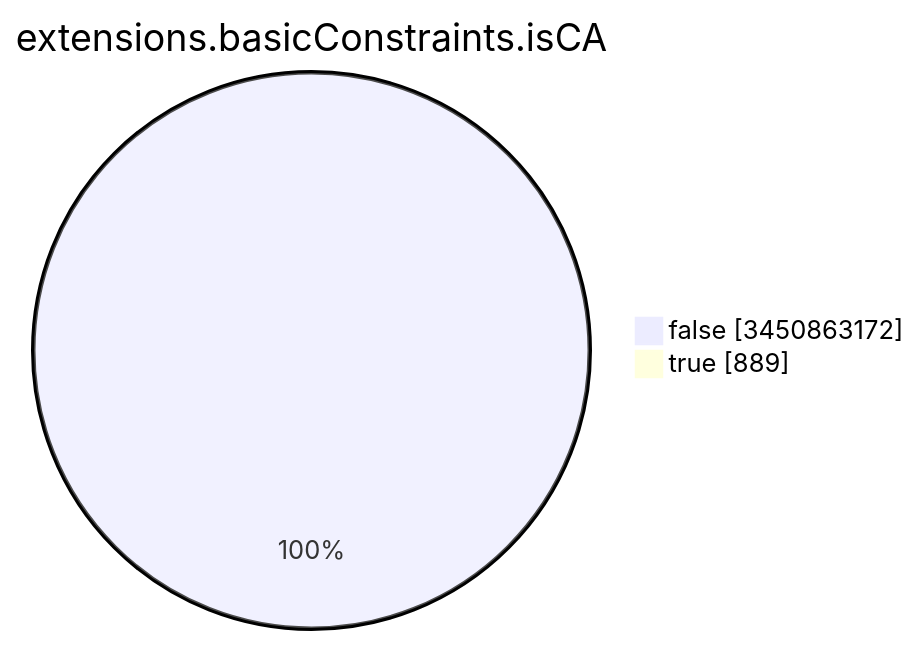
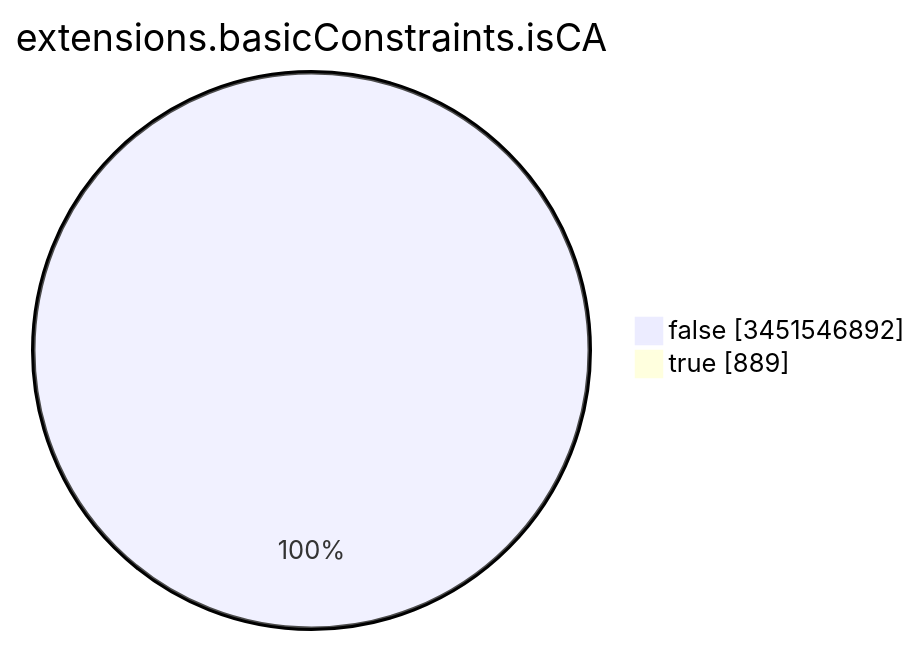
One commit to christiankrug/ctmonitor_visualization changed the seventh of 15 diagrams in TOTAL/README.md. Above: the diagram before and after it, drawn with Mermaid. The commit also changed other lines of this file, not shown here.

````diff
--- a/TOTAL/README.md
+++ b/TOTAL/README.md
@@ -3092,6 +3092,6 @@
 ```mermaid
 pie showData
 title extensions.basicConstraints.isCA
-"false" :3450863172
+"false" :3451546892
 "true" :889
 ```
````
